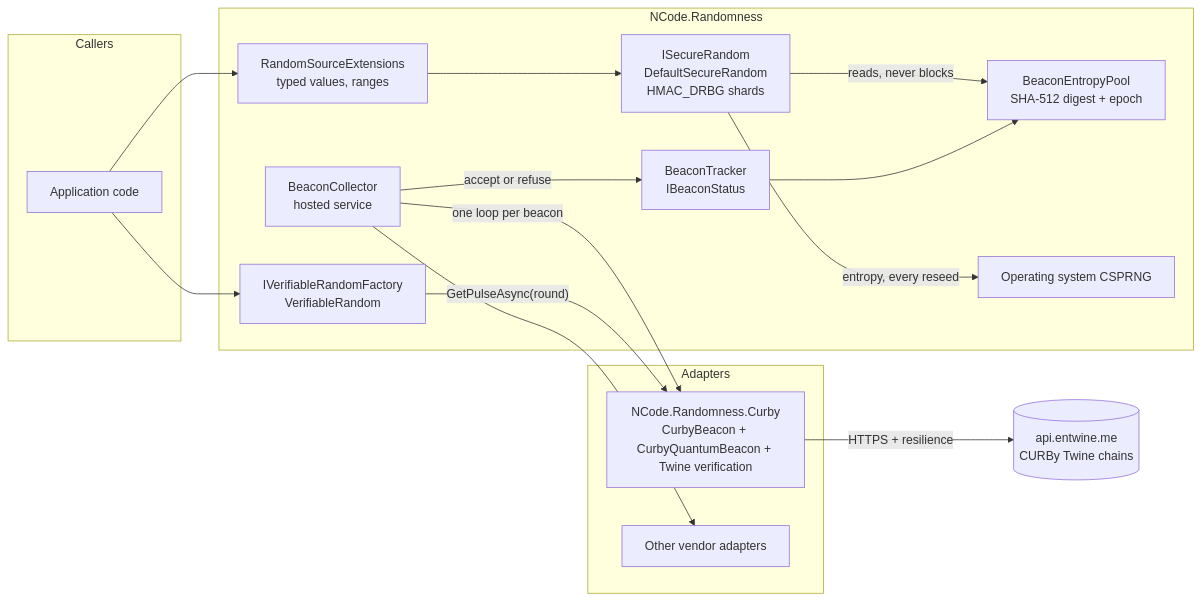
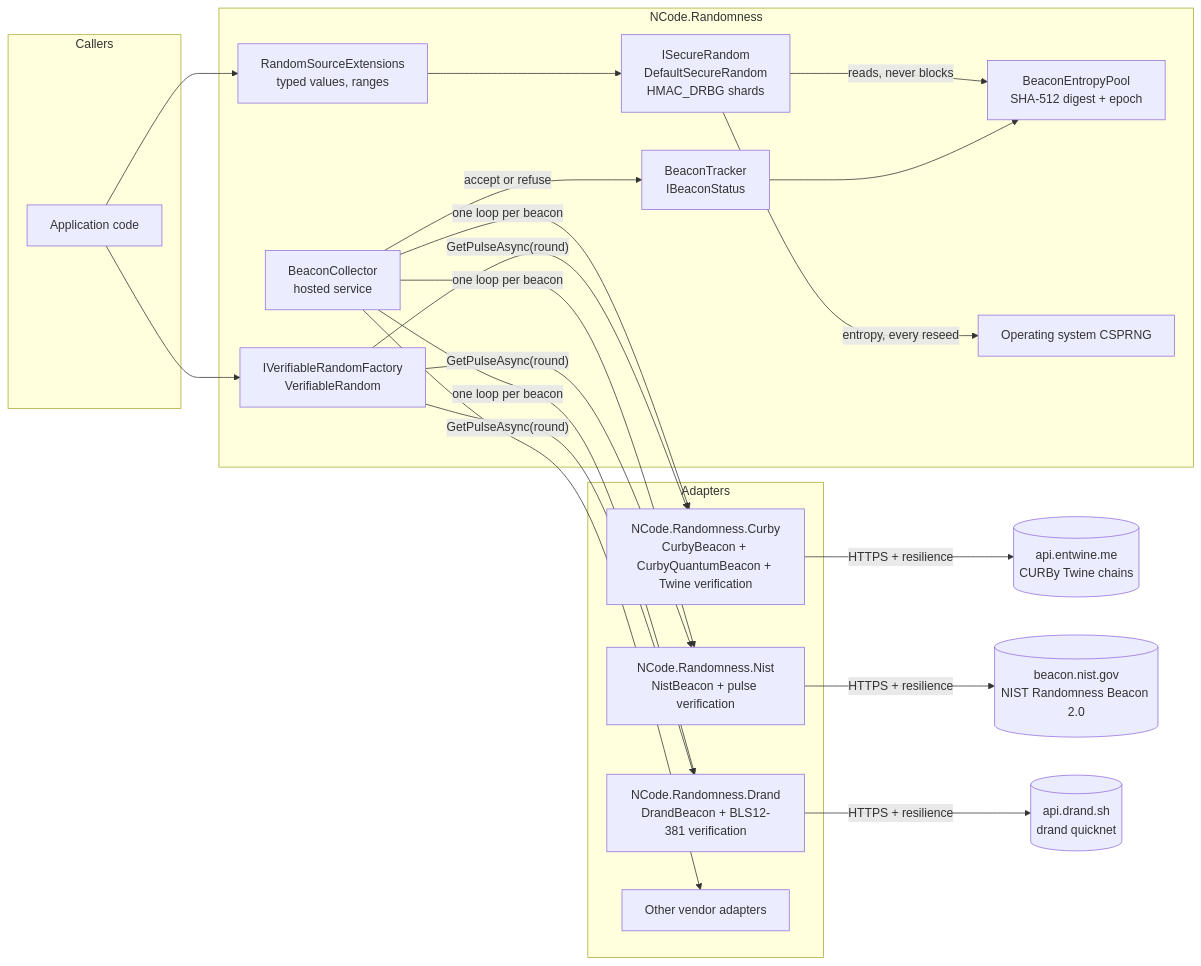
Before and after one commit to NCodeGroup/Randomness: the diagram in docs/architecture.md, drawn with Mermaid. The commit also changed other lines of this file and 2 other files, not shown here.

Commit message:
Plan step 31: Describe the adapters in the architecture docs

````diff
--- a/docs/architecture.md
+++ b/docs/architecture.md
@@ -8,30 +8,40 @@
 ```mermaid
 flowchart LR
     subgraph Callers
         App[Application code]
     end
     subgraph Core["NCode.Randomness"]
         Secure["ISecureRandom<br/>DefaultSecureRandom<br/>HMAC_DRBG shards"]
         Ext["RandomSourceExtensions<br/>typed values, ranges"]
         Pool["BeaconEntropyPool<br/>SHA-512 digest + epoch"]
         Tracker["BeaconTracker<br/>IBeaconStatus"]
         Collector["BeaconCollector<br/>hosted service"]
         Draws["IVerifiableRandomFactory<br/>VerifiableRandom"]
         OS["Operating system CSPRNG"]
     end
     subgraph Adapters
         Curby["NCode.Randomness.Curby<br/>CurbyBeacon + CurbyQuantumBeacon + Twine verification"]
+        Nist["NCode.Randomness.Nist<br/>NistBeacon + pulse verification"]
+        Drand["NCode.Randomness.Drand<br/>DrandBeacon + BLS12-381 verification"]
         Other["Other vendor adapters"]
     end
     CurbyApi[("api.entwine.me<br/>CURBy Twine chains")]
+    NistApi[("beacon.nist.gov<br/>NIST Randomness Beacon 2.0")]
+    DrandApi[("api.drand.sh<br/>drand quicknet")]
 
     App --> Ext --> Secure
     App --> Draws
     Secure -- "entropy, every reseed" --> OS
     Secure -- "reads, never blocks" --> Pool
     Collector -- "one loop per beacon" --> Curby
+    Collector -- "one loop per beacon" --> Nist
+    Collector -- "one loop per beacon" --> Drand
     Collector --> Other
     Collector -- "accept or refuse" --> Tracker --> Pool
     Draws -- "GetPulseAsync(round)" --> Curby
+    Draws -- "GetPulseAsync(round)" --> Nist
+    Draws -- "GetPulseAsync(round)" --> Drand
     Curby -- "HTTPS + resilience" --> CurbyApi
+    Nist -- "HTTPS + resilience" --> NistApi
+    Drand -- "HTTPS + resilience" --> DrandApi
 ```
````
